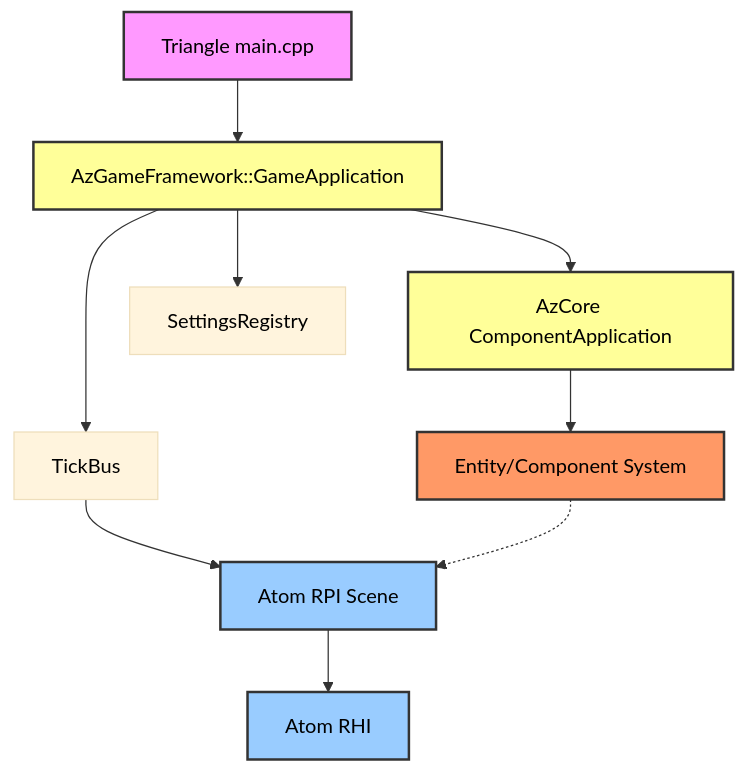
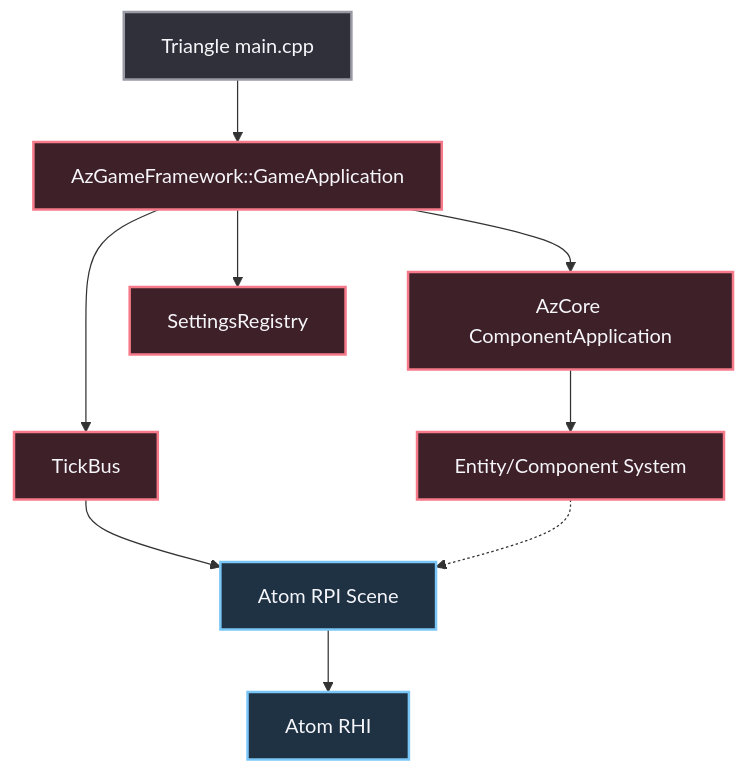
Before and after one commit to Astin-A/the-workshop: the first of 3 diagrams in content/Engine shit/O3DE/Atomic/1 Architectural Decoupling & Usability Overhaul.md, drawn with Mermaid. The commit also changed other lines of this file and 24 other files, not shown here.

````diff
--- a/content/Engine shit/O3DE/Atomic/1 Architectural Decoupling & Usability Overhaul.md
+++ b/content/Engine shit/O3DE/Atomic/1 Architectural Decoupling & Usability Overhaul.md
@@ -10,19 +10,20 @@
 ```mermaid
-%%{init: {'theme': 'base', 'themeVariables': { 'primaryTextColor': '#000000', 'textColor': '#000000', 'lineColor': '#333333' }}}%%
 graph TD
     A[Triangle main.cpp] --> B[AzGameFramework::GameApplication]
     B --> C[AzCore ComponentApplication]
     B --> D[TickBus]
     B --> E[SettingsRegistry]
     C --> F[Entity/Component System]
     D --> G[Atom RPI Scene]
     G --> H[Atom RHI]
     F -.-> G
-    
-    style A fill:#f9f,stroke:#333,stroke-width:2px,color:#000
-    style B fill:#ff9,stroke:#333,stroke-width:2px,color:#000
-    style C fill:#ff9,stroke:#333,stroke-width:2px,color:#000
-    style F fill:#f96,stroke:#333,stroke-width:2px,color:#000
-    style G fill:#9cf,stroke:#333,stroke-width:2px,color:#000
-    style H fill:#9cf,stroke:#333,stroke-width:2px,color:#000
+
+    classDef default fill:#303040,stroke:#7aa2f7,stroke-width:2px,color:#f5f5fa;
+    classDef danger fill:#3e2028,stroke:#f77a8a,stroke-width:2px,color:#f5f5fa;
+    classDef info fill:#1e3244,stroke:#7ac7f7,stroke-width:2px,color:#f5f5fa;
+    classDef neutral fill:#30303a,stroke:#9a9aa5,stroke-width:2px,color:#f5f5fa;
+
+    class B,C,D,E,F danger;
+    class G,H info;
+    class A neutral;
 ```
````
